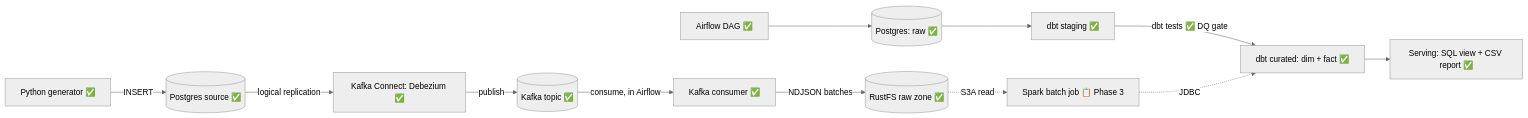
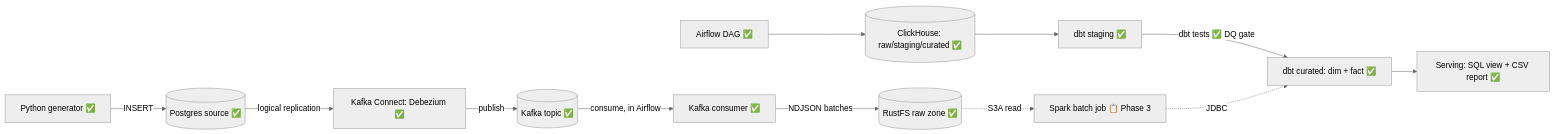
One commit to nicat-m/gaming-data-pipeline-e2e changed the diagram in README.md. Above: the diagram before and after it, drawn with Mermaid (neutral theme). The commit also changed other lines of this file and 20 other files, not shown here.

````diff
--- a/README.md
+++ b/README.md
@@ -14,14 +14,14 @@
 ```mermaid
 flowchart LR
     GEN[Python generator ✅] -->|INSERT| PGSRC[(Postgres source ✅)]
     PGSRC -->|logical replication| CONNECT[Kafka Connect: Debezium ✅]
     CONNECT -->|publish| KAFKA[(Kafka topic ✅)]
     KAFKA -->|consume, in Airflow| CONSUMER[Kafka consumer ✅]
     CONSUMER -->|NDJSON batches| RUSTFS[(RustFS raw zone ✅)]
-    AF[Airflow DAG ✅] --> PGRAW[(Postgres: raw ✅)]
-    PGRAW --> STG[dbt staging ✅]
+    AF[Airflow DAG ✅] --> CH[(ClickHouse: raw/staging/curated ✅)]
+    CH --> STG[dbt staging ✅]
     STG -->|dbt tests ✅ DQ gate| CUR[dbt curated: dim + fact ✅]
     RUSTFS -.->|S3A read| SPARK[Spark batch job 📋 Phase 3]
     SPARK -.->|JDBC| CUR
     CUR --> VIEWS[Serving: SQL view + CSV report ✅]
 ```
````
